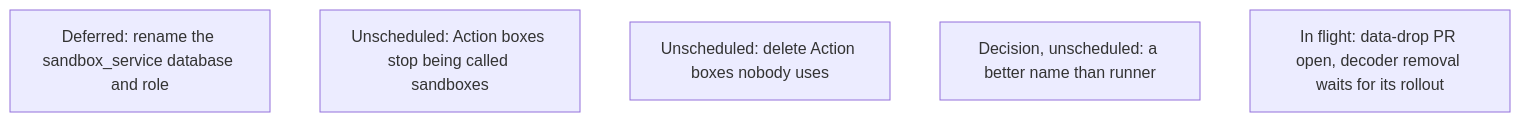
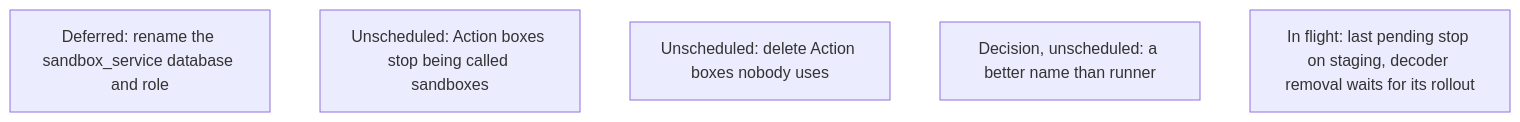
Before and after one commit to agentydragon-agent/ducktape: diagram 12 of 16 in agentplane/plans/task_dag.md, drawn with Mermaid. The commit also changed other lines of this file and 4 other files, not shown here.

````diff
--- a/agentplane/plans/task_dag.md
+++ b/agentplane/plans/task_dag.md
@@ -1584,8 +1584,8 @@
 ```mermaid
 flowchart TD
     HISTORY_DATABASE_RENAME[Deferred: rename the sandbox_service database and role]
     ACTION_BOX_RENAME[Unscheduled: Action boxes stop being called sandboxes]
     ACTION_BOX_IDLE_REAPER[Unscheduled: delete Action boxes nobody uses]
     RUNNER_RENAME[Decision, unscheduled: a better name than runner]
-    HARNESS_STOP_HISTORY_CLEANUP[In flight: data-drop PR open, decoder removal waits for its rollout]
+    HARNESS_STOP_HISTORY_CLEANUP[In flight: last pending stop on staging, decoder removal waits for its rollout]
 ```
````
